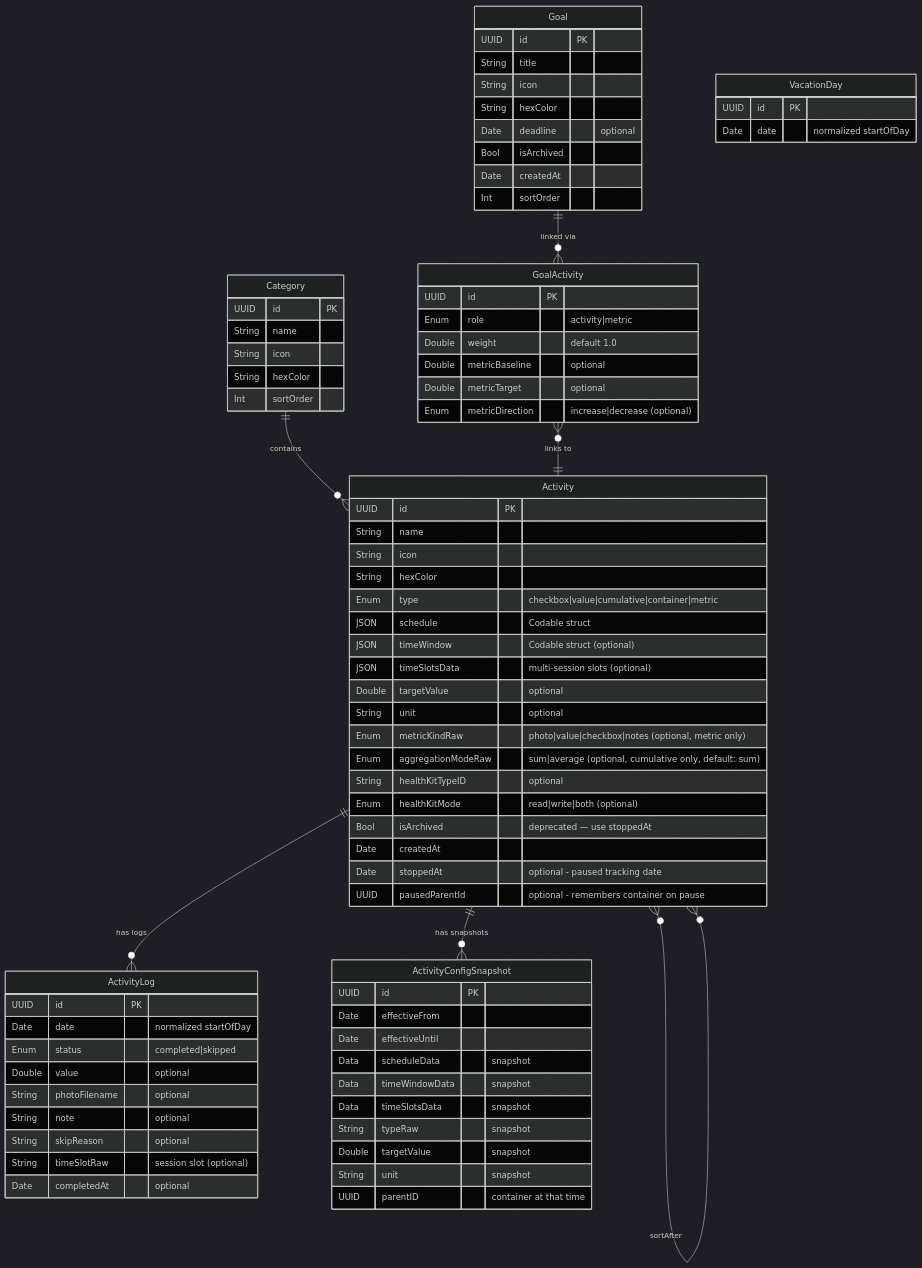
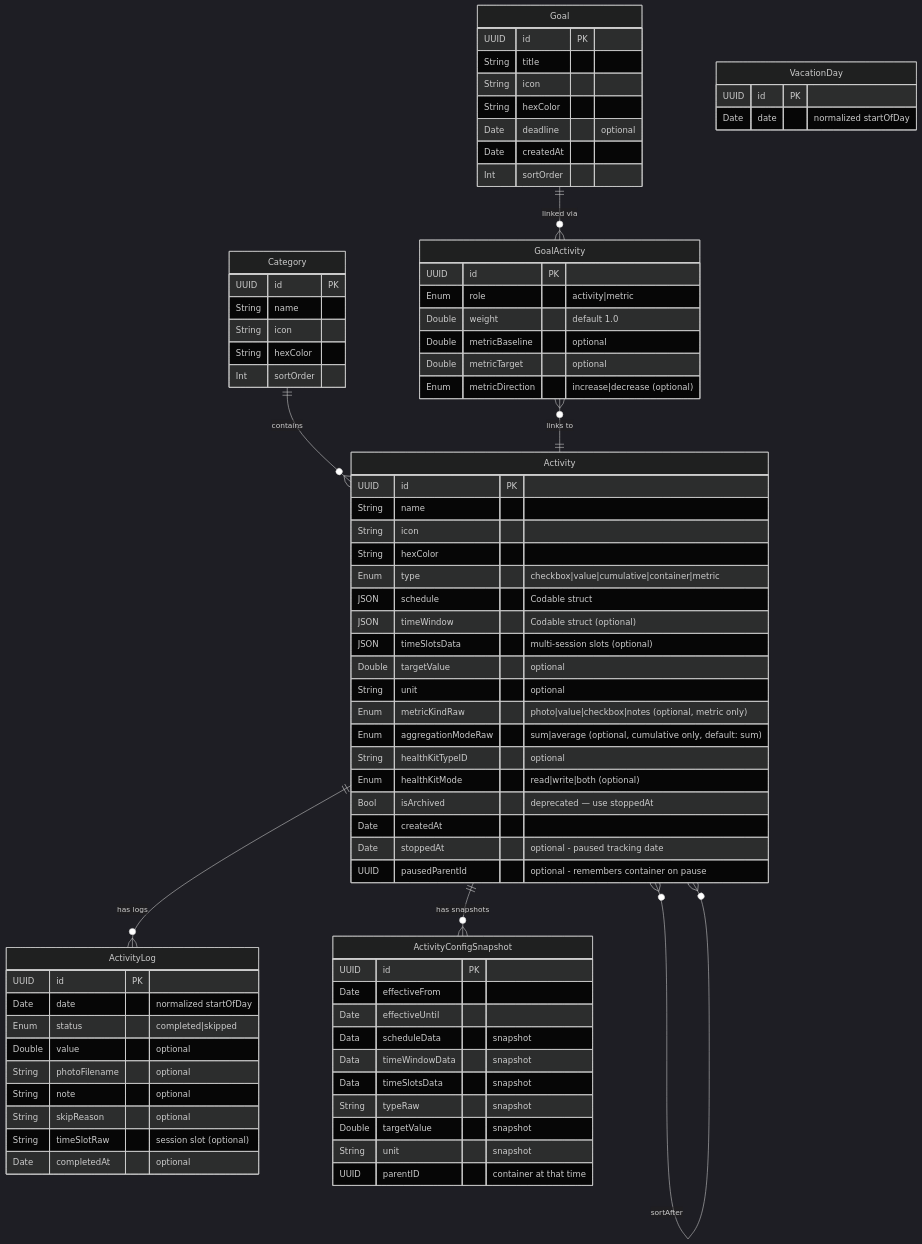
Before and after one commit to samg2003/personal_activity_tracking: the second of 2 diagrams in docs/ARCHITECTURE.md, drawn with Mermaid (dark theme). The commit also changed other lines of this file and 6 other files, not shown here.

```diff
--- a/docs/ARCHITECTURE.md
+++ b/docs/ARCHITECTURE.md
@@ -127,7 +127,6 @@
         String icon
         String hexColor
         Date deadline "optional"
-        Bool isArchived
         Date createdAt
         Int sortOrder
     }
```
